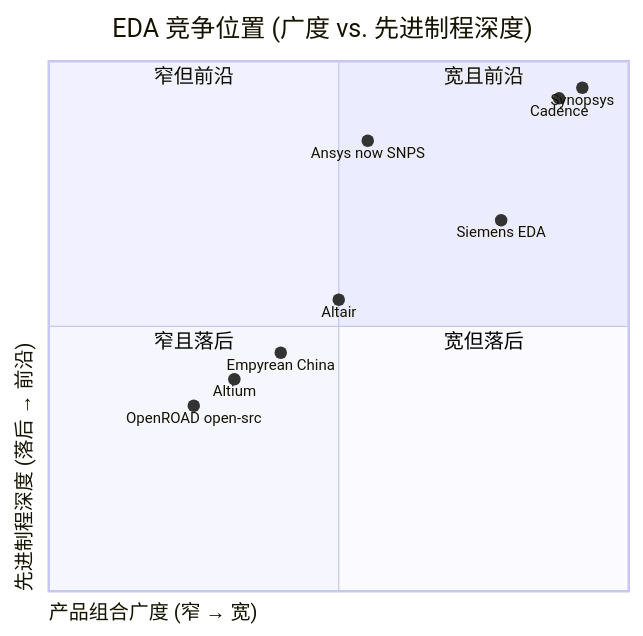
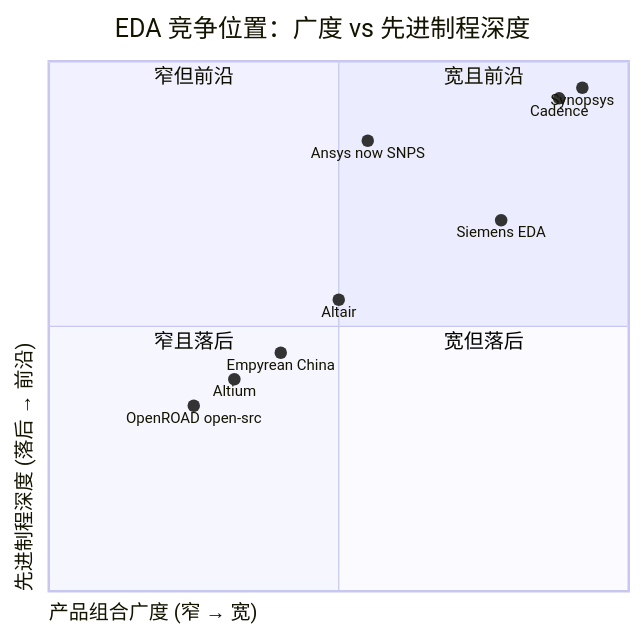
Before and after one commit to dadachundan/financial_agent: the fourth of 4 diagrams in reports/company/Cadence_NASDAQ_CDNS/Cadence_NASDAQ_CDNS_公司研究.md, drawn with Mermaid. The commit also changed other lines of this file, not shown here.

First line of the commit message:
feat(company-research): refresh Cadence (CDNS) — decision layer + full chart suite

````diff
--- a/reports/company/Cadence_NASDAQ_CDNS/Cadence_NASDAQ_CDNS_公司研究.md
+++ b/reports/company/Cadence_NASDAQ_CDNS/Cadence_NASDAQ_CDNS_公司研究.md
@@ -409,18 +1014,18 @@
 ```mermaid
 quadrantChart
-    title EDA 竞争位置 (广度 vs. 先进制程深度)
+    title EDA 竞争位置：广度 vs 先进制程深度
     x-axis "产品组合广度 (窄 → 宽)"
     y-axis "先进制程深度 (落后 → 前沿)"
     quadrant-1 "宽且前沿"
     quadrant-2 "窄但前沿"
     quadrant-3 "窄且落后"
     quadrant-4 "宽但落后"
     Synopsys: [0.92, 0.95]
     Cadence: [0.88, 0.93]
     Siemens EDA: [0.78, 0.7]
     Ansys now SNPS: [0.55, 0.85]
     Altium: [0.32, 0.4]
     Empyrean China: [0.4, 0.45]
     OpenROAD open-src: [0.25, 0.35]
     Altair: [0.5, 0.55]
 ```
````
